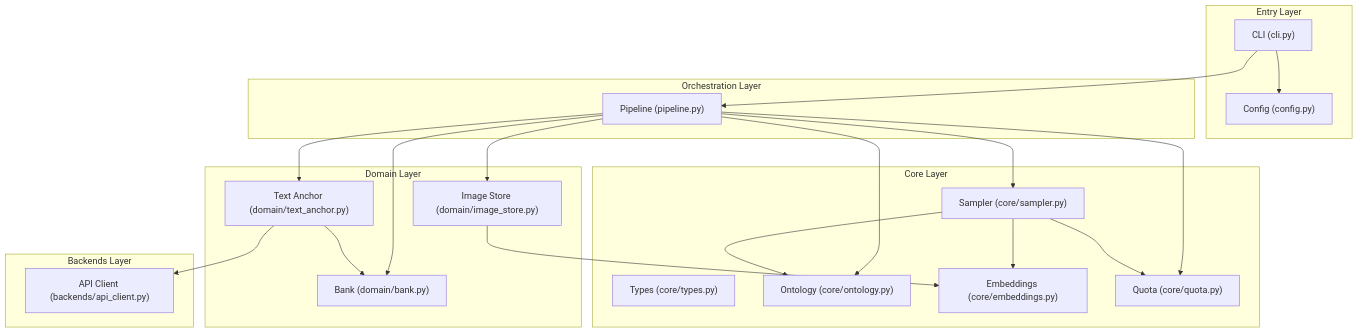
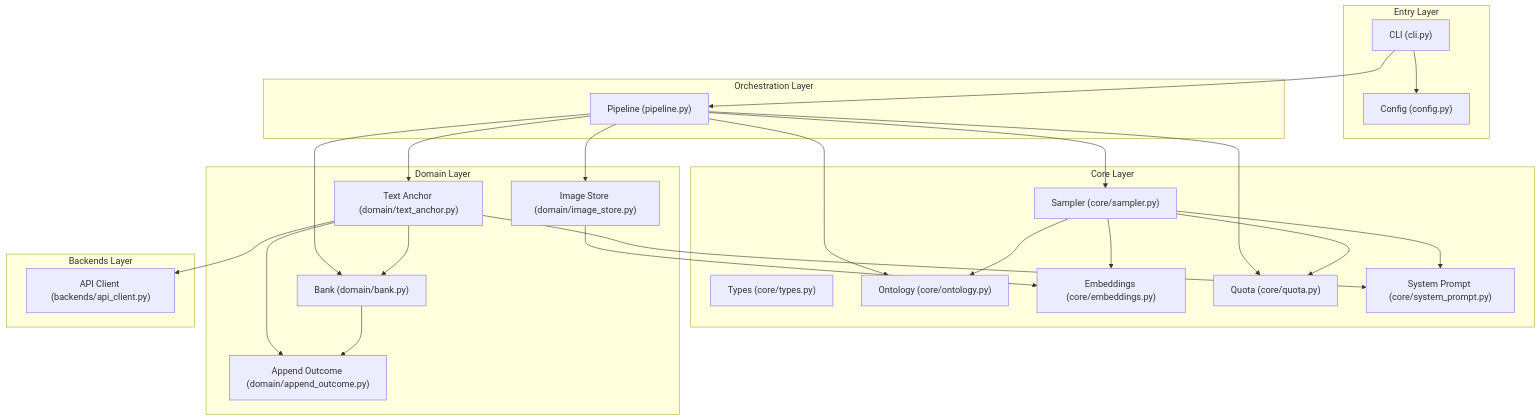
Before and after one commit to godthrone/anchor-replay-distillation: the first of 7 diagrams in docs/architecture.md, drawn with Mermaid. The commit also changed other lines of this file and 4 other files, not shown here.

First line of the commit message:
docs: align READMEs, architecture, examples and compliance notes with v3.0.0

````diff
--- a/docs/architecture.md
+++ b/docs/architecture.md
@@ -73,44 +73,50 @@
 ```mermaid
 graph TD
     subgraph "Entry Layer"
         CLI["CLI (cli.py)"]
         CFG["Config (config.py)"]
     end
 
     subgraph "Orchestration Layer"
         PL["Pipeline (pipeline.py)"]
     end
 
     subgraph "Core Layer"
         TY["Types (core/types.py)"]
         ON["Ontology (core/ontology.py)"]
         EM["Embeddings (core/embeddings.py)"]
         SM["Sampler (core/sampler.py)"]
         QT["Quota (core/quota.py)"]
+        SP["System Prompt (core/system_prompt.py)"]
     end
 
     subgraph "Domain Layer"
         TA["Text Anchor (domain/text_anchor.py)"]
         BK["Bank (domain/bank.py)"]
+        AO["Append Outcome (domain/append_outcome.py)"]
         IS["Image Store (domain/image_store.py)"]
     end
 
     subgraph "Backends Layer"
         API["API Client (backends/api_client.py)"]
     end
 
     CLI --> CFG
     CLI --> PL
     PL --> TA
     PL --> IS
     PL --> SM
     PL --> ON
     PL --> BK
     PL --> QT
     TA --> API
     TA --> BK
+    TA --> SP
+    TA --> AO
     SM --> ON
     SM --> QT
+    SM --> SP
     SM --> EM
+    BK --> AO
     IS --> EM
 ```
````
